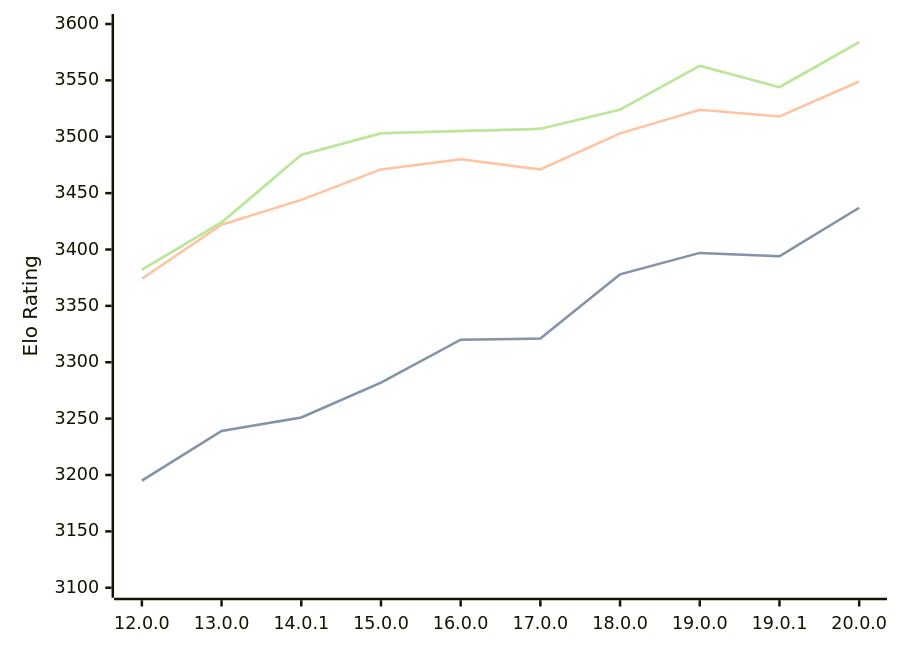
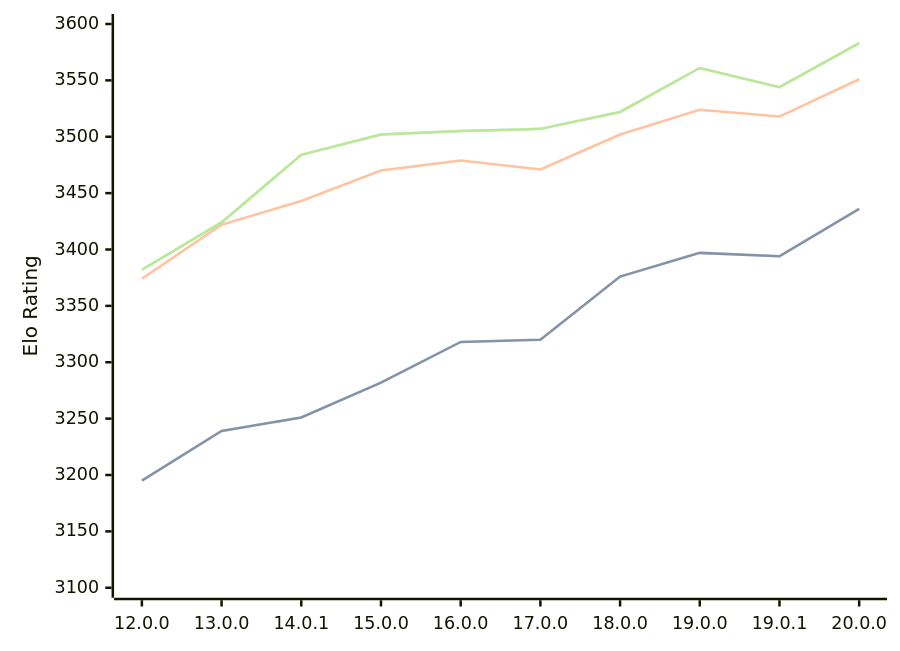
Before and after one commit to computer-chess-index/cci: the diagram in engines/Viridithas.md, drawn with Mermaid. The commit also changed other lines of this file, not shown here.

Commit message:
Update CCI Ratings (ELO VLTC) - 2026-07-27

````diff
--- a/engines/Viridithas.md
+++ b/engines/Viridithas.md
@@ -64,11 +64,11 @@
 ```mermaid
 %%{init: {"theme":"base","themeVariables":{"seriesColors:['#a3a3a3','#222221','#faa371']}}}%%
 xychart-beta
   x-axis ["12.0.0", "13.0.0", "14.0.1", "15.0.0", "16.0.0", "17.0.0", "18.0.0", "19.0.0", "19.0.1", "20.0.0"]
   y-axis "Elo Rating" 3100 --> 3600
-  line "STC (8.0+0.08s)" [3195, 3239, 3251, 3282, 3320, 3321, 3378, 3397, 3394, 3437]
-  line "STC (8.0+0.08s)" [3195, 3239, 3251, 3282, 3320, 3321, 3378, 3397, 3394, 3437]
-  line "LTC (60.0+0.60s)" [3374, 3422, 3444, 3471, 3480, 3471, 3503, 3524, 3518, 3549]
-  line "VLTC (2m24s+1.12s)" [3382, 3424, 3484, 3503, 3505, 3507, 3524, 3563, 3544, 3584]
-  line "VLTC (2m24s+1.12s)" [3382, 3424, 3484, 3503, 3505, 3507, 3524, 3563, 3544, 3584]
+  line "STC (8.0+0.08s)" [3195, 3239, 3251, 3282, 3318, 3320, 3376, 3397, 3394, 3436]
+  line "STC (8.0+0.08s)" [3195, 3239, 3251, 3282, 3318, 3320, 3376, 3397, 3394, 3436]
+  line "LTC (60.0+0.60s)" [3374, 3422, 3443, 3470, 3479, 3471, 3502, 3524, 3518, 3551]
+  line "VLTC (2m24s+1.12s)" [3382, 3424, 3484, 3502, 3505, 3507, 3522, 3561, 3544, 3583]
+  line "VLTC (2m24s+1.12s)" [3382, 3424, 3484, 3502, 3505, 3507, 3522, 3561, 3544, 3583]
 ```
````
